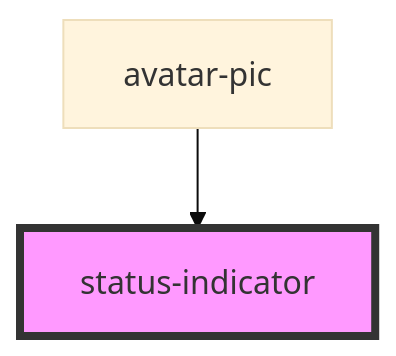
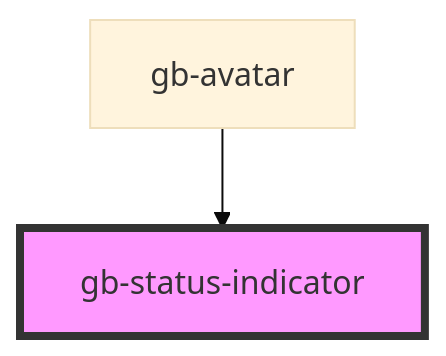
Before and after one commit to Emmanuel1858/globusComponent: the diagram in src/components/gb-status-indicator/readme.md, drawn with Mermaid (base theme). The commit also changed other lines of this file and 53 other files, not shown here.

````diff
--- a/src/components/gb-status-indicator/readme.md
+++ b/src/components/gb-status-indicator/readme.md
@@ -25,5 +25,5 @@
 ```mermaid
 graph TD;
-  avatar-pic --> status-indicator
-  style status-indicator fill:#f9f,stroke:#333,stroke-width:4px
+  gb-avatar --> gb-status-indicator
+  style gb-status-indicator fill:#f9f,stroke:#333,stroke-width:4px
 ```
````
